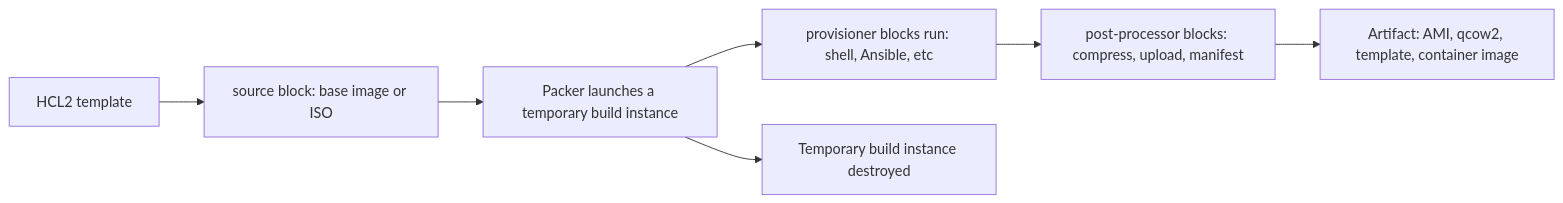
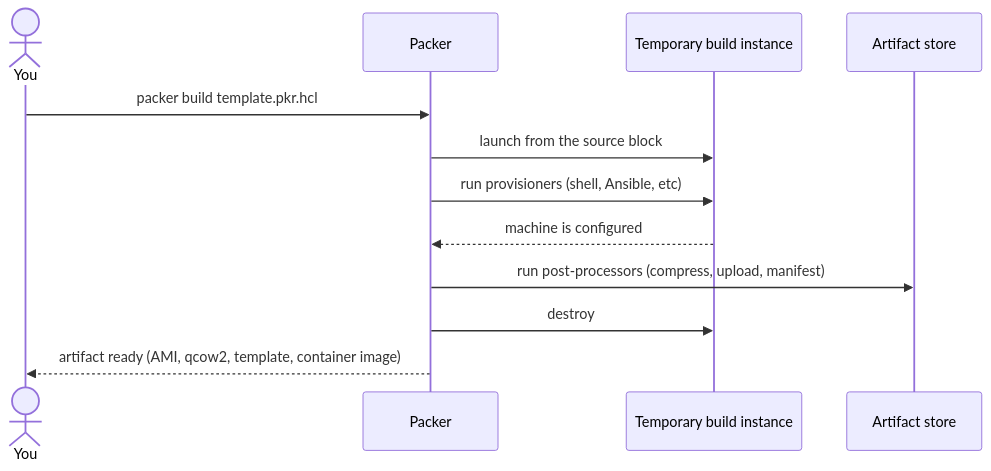
Before and after one commit to abdelhousni/til: the diagram in packer/what-is-packer-and-how-it-works.md, drawn with Mermaid.

Commit message:
docs: use a sequenceDiagram for the Packer build steps
The build steps are an actor (Packer) acting on a temporary resource
over time -- launch, provision, post-process, destroy -- which a
sequenceDiagram represents more directly than a flowchart of static
blocks connected by arrows. Same content, clearer actor/action shape.

Validated against mermaid@11.17.2 (jsdom + mermaid.parse()) before
committing.

Claude-Session: https://claude.ai/code/session_01YS9jsayHYbbTJzM5b8bMUY

````diff
--- a/packer/what-is-packer-and-how-it-works.md
+++ b/packer/what-is-packer-and-how-it-works.md
@@ -18,9 +18,15 @@
 ```mermaid
-flowchart LR
-    T[HCL2 template] --> S[source block: base image or ISO]
-    S --> TEMP[Packer launches a temporary build instance]
-    TEMP --> PROV[provisioner blocks run: shell, Ansible, etc]
-    PROV --> POST[post-processor blocks: compress, upload, manifest]
-    POST --> ART[Artifact: AMI, qcow2, template, container image]
-    TEMP --> DESTROY[Temporary build instance destroyed]
+sequenceDiagram
+    actor You
+    participant Packer
+    participant Instance as Temporary build instance
+    participant Artifact as Artifact store
+
+    You->>Packer: packer build template.pkr.hcl
+    Packer->>Instance: launch from the source block
+    Packer->>Instance: run provisioners (shell, Ansible, etc)
+    Instance-->>Packer: machine is configured
+    Packer->>Artifact: run post-processors (compress, upload, manifest)
+    Packer->>Instance: destroy
+    Packer-->>You: artifact ready (AMI, qcow2, template, container image)
 ```
````
